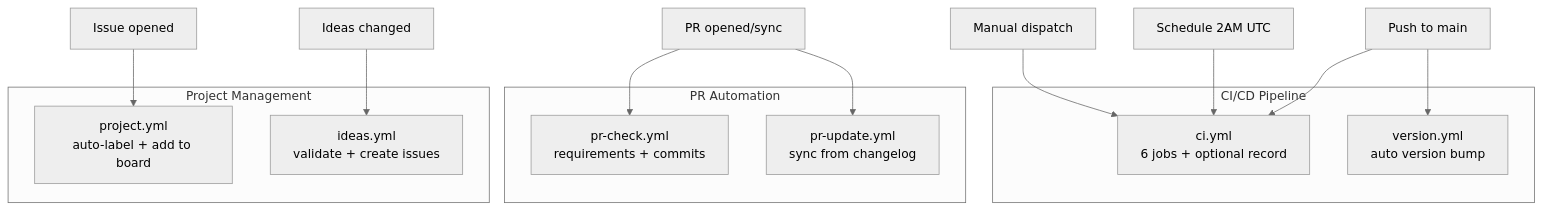
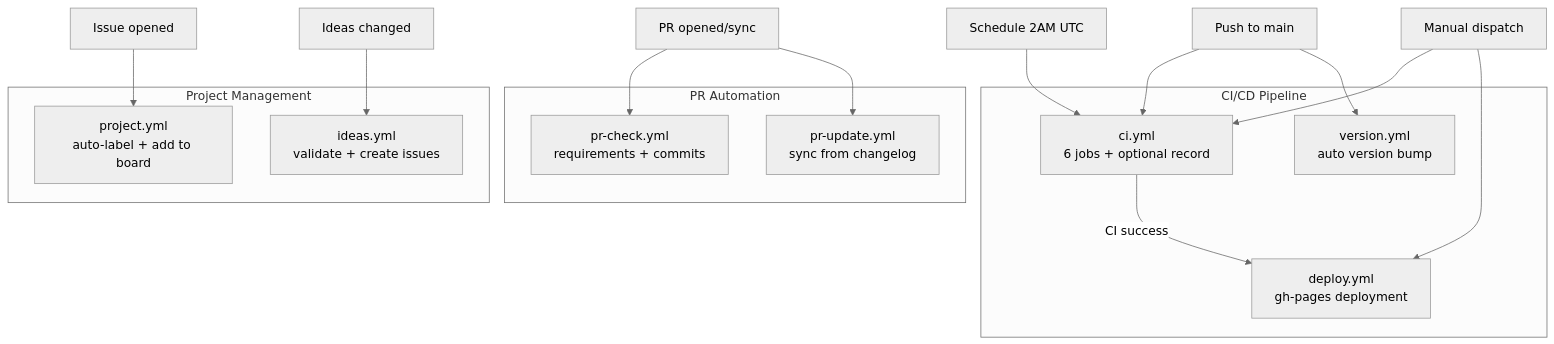
One commit to louis-pvs/plaincraft changed the first of 8 diagrams in guides/CI-STRATEGY.md. Above: the diagram before and after it, drawn with Mermaid (neutral theme). The commit also changed other lines of this file and 1 other file, not shown here.

Commit message:
[PB-deploy] Update CI strategy and add GitHub Pages deployment workflow

````diff
--- a/guides/CI-STRATEGY.md
+++ b/guides/CI-STRATEGY.md
@@ -9,26 +9,29 @@
 ```mermaid
 graph TB
     subgraph CI/CD Pipeline
         A[ci.yml<br/>6 jobs + optional record]
         B[version.yml<br/>auto version bump]
+        C[deploy.yml<br/>gh-pages deployment]
     end
 
     subgraph PR Automation
         D[pr-check.yml<br/>requirements + commits]
         E[pr-update.yml<br/>sync from changelog]
     end
 
     subgraph Project Management
         F[project.yml<br/>auto-label + add to board]
         G[ideas.yml<br/>validate + create issues]
     end
 
     H[Push to main] --> A
+    A -->|CI success| C
     H --> B
     I[PR opened/sync] --> D
     I --> E
     J[Issue opened] --> F
     K[Ideas changed] --> G
     L[Schedule 2AM UTC] --> A
     M[Manual dispatch] --> A
+    M --> C
 ```
````
